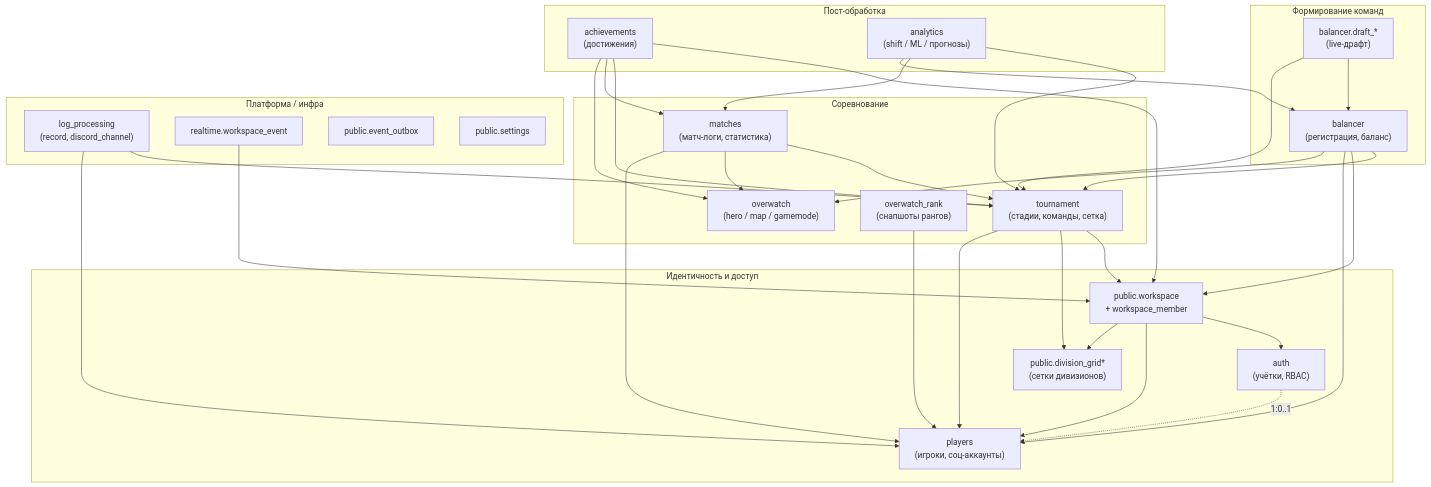
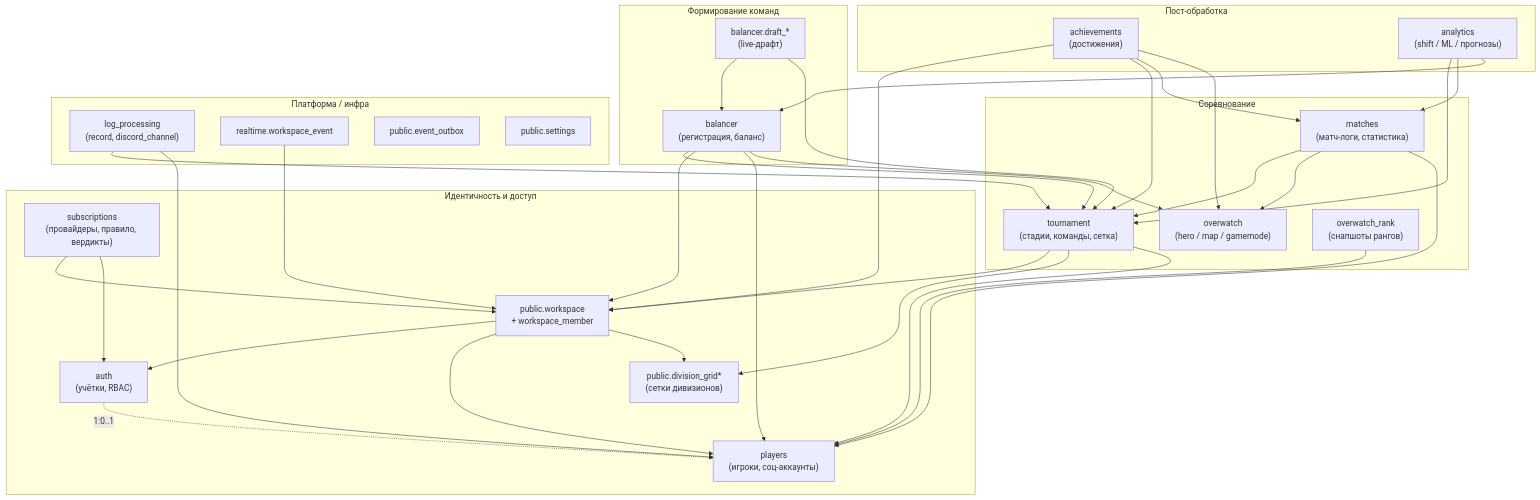
Before and after one commit to CraazzzyyFoxx/anak-tournaments: the first of 14 diagrams in docs/database_erd.md, drawn with Mermaid. The commit also changed other lines of this file and 1 other file, not shown here.

````diff
--- a/docs/database_erd.md
+++ b/docs/database_erd.md
@@ -63,65 +64,68 @@
 ```mermaid
 flowchart TB
     subgraph IDENTITY["Идентичность и доступ"]
         AUTH["auth<br/>(учётки, RBAC)"]
         PLAYERS["players<br/>(игроки, соц-аккаунты)"]
         WS["public.workspace<br/>+ workspace_member"]
         GRID["public.division_grid*<br/>(сетки дивизионов)"]
+        SUBS["subscriptions<br/>(провайдеры, правило, вердикты)"]
     end
 
     subgraph COMPETITION["Соревнование"]
         TOUR["tournament<br/>(стадии, команды, сетка)"]
         MATCHES["matches<br/>(матч-логи, статистика)"]
         OW["overwatch<br/>(hero / map / gamemode)"]
         RANK["overwatch_rank<br/>(снапшоты рангов)"]
     end
 
     subgraph TEAMBUILD["Формирование команд"]
         BAL["balancer<br/>(регистрация, баланс)"]
         DRAFT["balancer.draft_*<br/>(live-драфт)"]
     end
 
     subgraph INSIGHT["Пост-обработка"]
         ACH["achievements<br/>(достижения)"]
         AN["analytics<br/>(shift / ML / прогнозы)"]
     end
 
     subgraph PLATFORM["Платформа / инфра"]
         LOG["log_processing<br/>(record, discord_channel)"]
         RT["realtime.workspace_event"]
         OUTBOX["public.event_outbox"]
         SET["public.settings"]
     end
 
     WS --> AUTH
     WS --> PLAYERS
     AUTH -. "1:0..1" .-> PLAYERS
     WS --> GRID
+    SUBS --> WS
+    SUBS --> AUTH
 
     TOUR --> WS
     TOUR --> GRID
     TOUR --> PLAYERS
     MATCHES --> TOUR
     MATCHES --> OW
     MATCHES --> PLAYERS
     RANK --> PLAYERS
 
     BAL --> TOUR
     BAL --> WS
     BAL --> PLAYERS
     BAL --> OW
     DRAFT --> BAL
     DRAFT --> TOUR
 
     ACH --> WS
     ACH --> TOUR
     ACH --> MATCHES
     ACH --> OW
     AN --> TOUR
     AN --> MATCHES
     AN --> BAL
 
     LOG --> TOUR
     LOG --> PLAYERS
     RT --> WS
 ```
````
